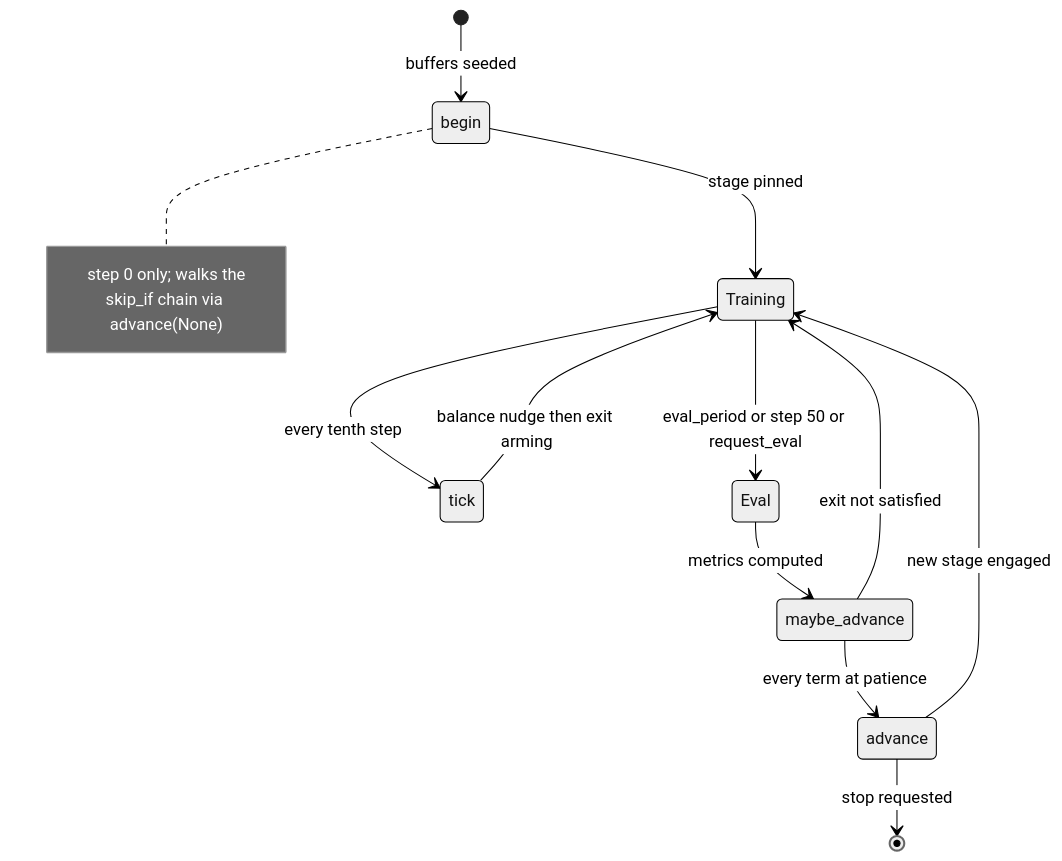
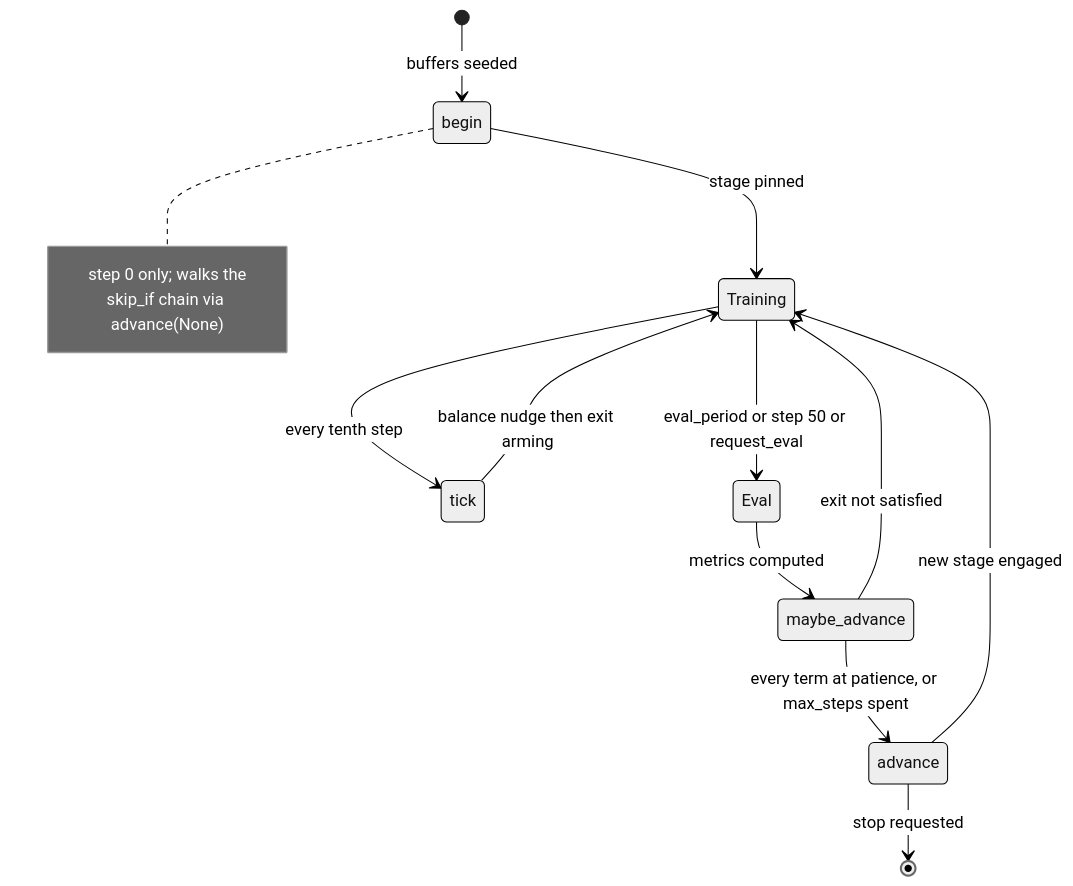
The diagram in energy_sampling/docs/wiki/stage-protocol-engine.md (alexidine/gfn-diffusion), drawn with Mermaid (neutral theme) before and after one commit. The commit also changed other lines of this file and 10 other files, not shown here.

````diff
--- a/energy_sampling/docs/wiki/stage-protocol-engine.md
+++ b/energy_sampling/docs/wiki/stage-protocol-engine.md
@@ -45,17 +45,17 @@
 ```mermaid
 stateDiagram-v2
   [*] --> begin: buffers seeded
   begin --> Training: stage pinned
   note right of begin
     step 0 only; walks the
     skip_if chain via advance(None)
   end note
   Training --> tick: every tenth step
   tick --> Training: balance nudge then exit arming
   Training --> Eval: eval_period or step 50 or request_eval
   Eval --> maybe_advance: metrics computed
   maybe_advance --> Training: exit not satisfied
-  maybe_advance --> advance: every term at patience
+  maybe_advance --> advance: every term at patience, or max_steps spent
   advance --> Training: new stage engaged
   advance --> [*]: stop requested
 ```
````
